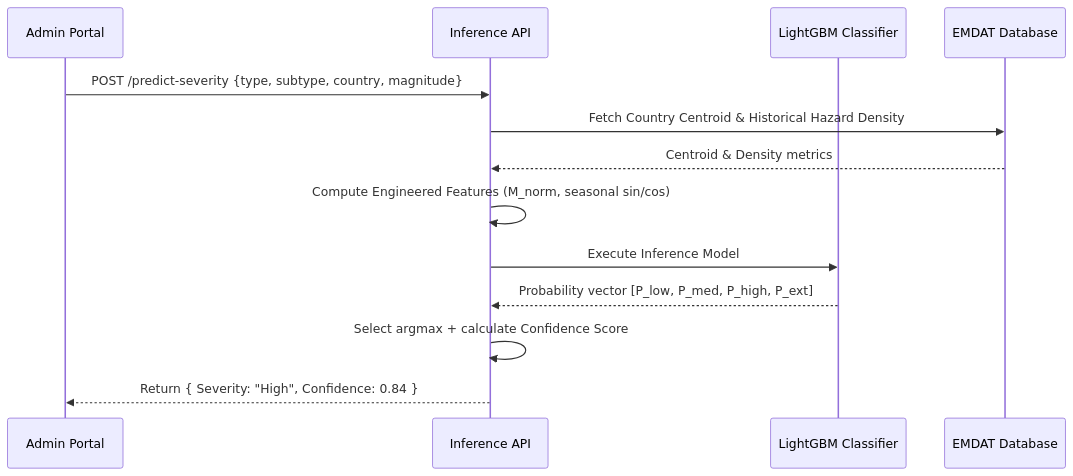
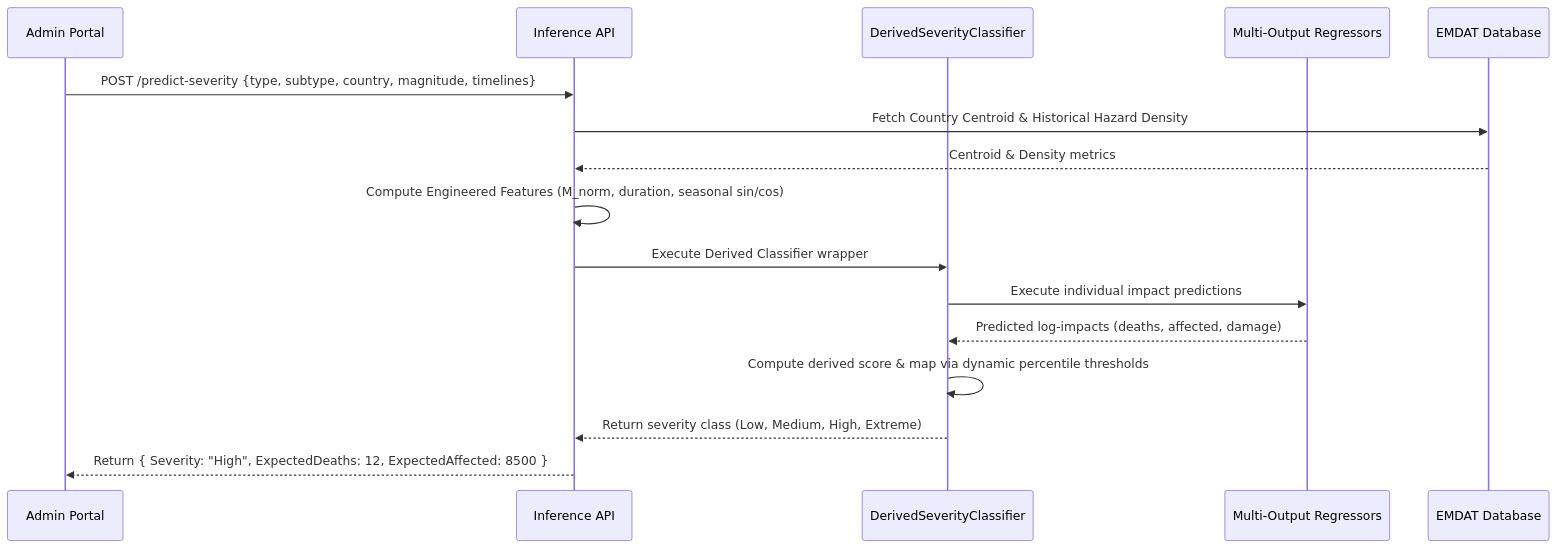
The third of 5 diagrams in docs/ML_DESIGN.md (ahana4banerjee/AI-Disaster-Orchastrator), drawn with Mermaid before and after one commit. The commit also changed other lines of this file and 2 other files, not shown here.

Commit message:
docs: add ML architecture design documentation and update project architecture and roadmap accordingly

````diff
--- a/docs/ML_DESIGN.md
+++ b/docs/ML_DESIGN.md
@@ -204,16 +202,19 @@
 ```mermaid
 sequenceDiagram
     participant User as Admin Portal
     participant API as Inference API
-    participant Model as LightGBM Classifier
+    participant Wrapper as DerivedSeverityClassifier
+    participant Model as Multi-Output Regressors
     participant DB as EMDAT Database
 
-    User->>API: POST /predict-severity {type, subtype, country, magnitude}
+    User->>API: POST /predict-severity {type, subtype, country, magnitude, timelines}
     API->>DB: Fetch Country Centroid & Historical Hazard Density
     DB-->>API: Centroid & Density metrics
-    API->>API: Compute Engineered Features (M_norm, seasonal sin/cos)
-    API->>Model: Execute Inference Model
-    Model-->>API: Probability vector [P_low, P_med, P_high, P_ext]
-    API->>API: Select argmax + calculate Confidence Score
-    API-->>User: Return { Severity: "High", Confidence: 0.84 }
+    API->>API: Compute Engineered Features (M_norm, duration, seasonal sin/cos)
+    API->>Wrapper: Execute Derived Classifier wrapper
+    Wrapper->>Model: Execute individual impact predictions
+    Model-->>Wrapper: Predicted log-impacts (deaths, affected, damage)
+    Wrapper->>Wrapper: Compute derived score & map via dynamic percentile thresholds
+    Wrapper-->>API: Return severity class (Low, Medium, High, Extreme)
+    API-->>User: Return { Severity: "High", ExpectedDeaths: 12, ExpectedAffected: 8500 }
 ```
````
